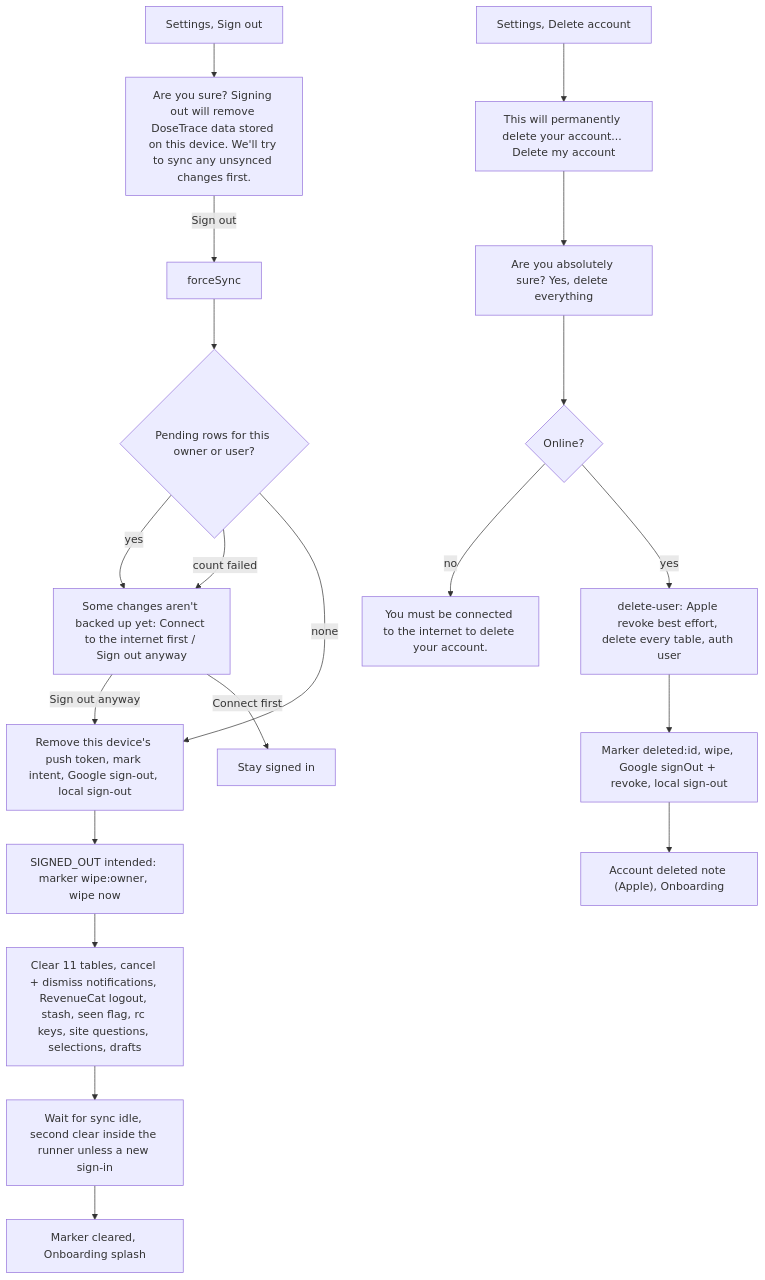
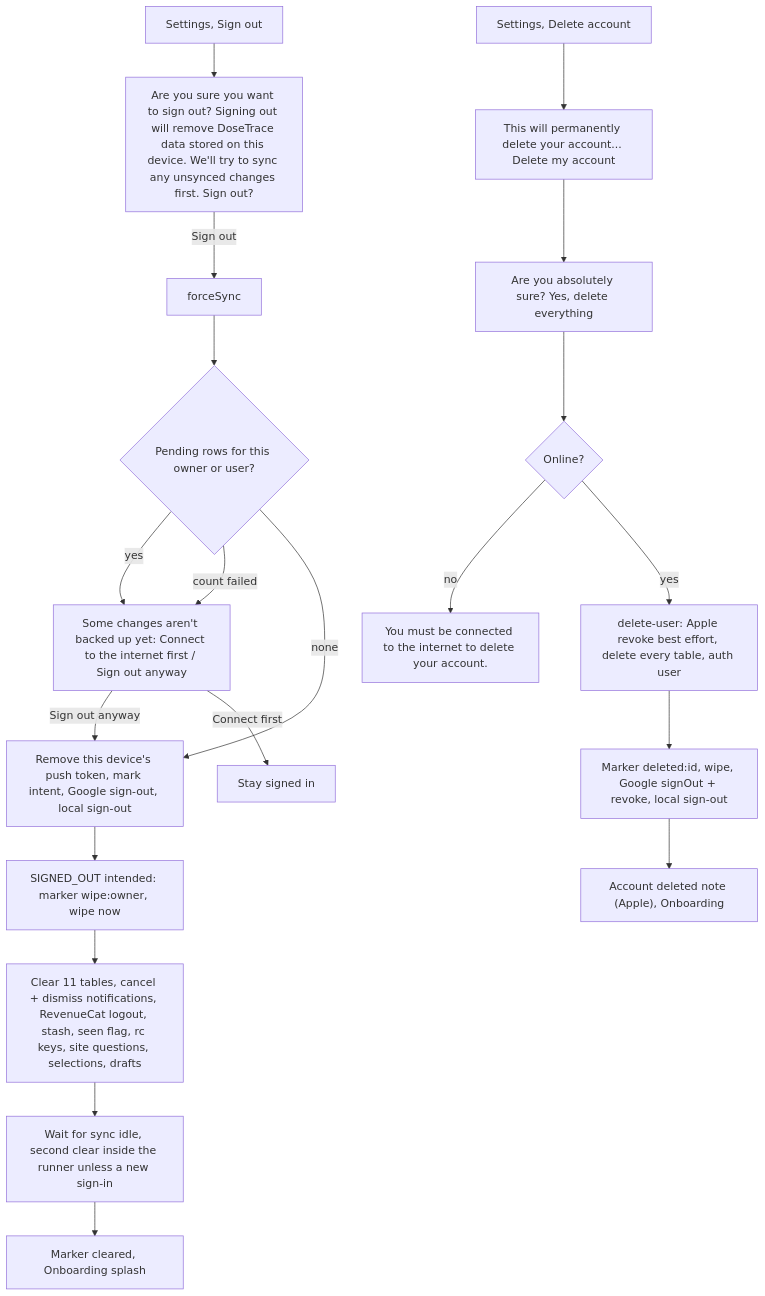
The first of 4 diagrams in docs/product/flows/12-account-signout-delete.md (evandroviskis/dosetrace), drawn with Mermaid before and after one commit. The commit also changed other lines of this file and 28 other files, not shown here.

Commit message:
docs/product: verification round 1 corrections applied to PRD, TRD, dossiers, flows, registers and the Portuguese questions (21 OPEN, 54 AD, 65 DL, 218 DV); all 105 diagrams parse

````diff
--- a/docs/product/flows/12-account-signout-delete.md
+++ b/docs/product/flows/12-account-signout-delete.md
@@ -45,22 +46,22 @@
 ```mermaid
 flowchart TD
-  A["Settings, Sign out"] --> B["Are you sure? Signing out will remove DoseTrace data stored on this device. We'll try to sync any unsynced changes first."]
+  A["Settings, Sign out"] --> B["Are you sure you want to sign out? Signing out will remove DoseTrace data stored on this device. We'll try to sync any unsynced changes first. Sign out?"]
   B -->|Sign out| C["forceSync"]
   C --> D{"Pending rows for this owner or user?"}
   D -->|yes| E["Some changes aren't backed up yet: Connect to the internet first / Sign out anyway"]
   D -->|count failed| E
   D -->|none| F["Remove this device's push token, mark intent, Google sign-out, local sign-out"]
   E -->|Sign out anyway| F
   E -->|Connect first| Z["Stay signed in"]
   F --> G["SIGNED_OUT intended: marker wipe:owner, wipe now"]
   G --> H["Clear 11 tables, cancel + dismiss notifications, RevenueCat logout, stash, seen flag, rc keys, site questions, selections, drafts"]
   H --> I["Wait for sync idle, second clear inside the runner unless a new sign-in"]
   I --> J["Marker cleared, Onboarding splash"]
   K["Settings, Delete account"] --> L["This will permanently delete your account... Delete my account"]
   L --> M["Are you absolutely sure? Yes, delete everything"]
   M --> N{"Online?"}
   N -->|no| O["You must be connected to the internet to delete your account."]
   N -->|yes| P["delete-user: Apple revoke best effort, delete every table, auth user"]
   P --> Q["Marker deleted:id, wipe, Google signOut + revoke, local sign-out"]
   Q --> R["Account deleted note (Apple), Onboarding"]
 ```
````
